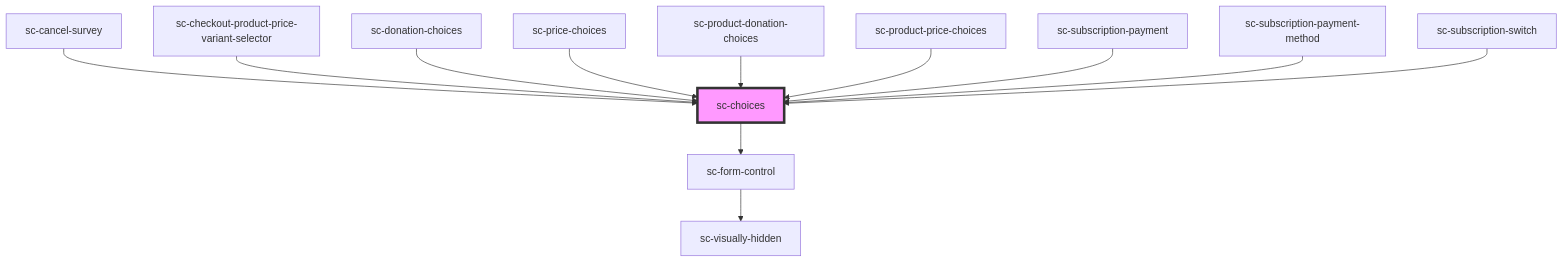
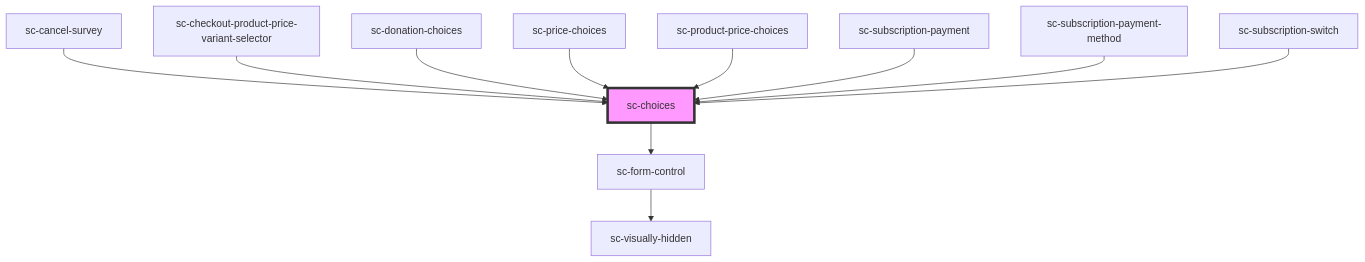
The diagram in packages/components/src/components/ui/choices/readme.md (surecart/surecart-wp-plugin), drawn with Mermaid before and after one commit. The commit also changed other lines of this file and 13 other files, not shown here.

````diff
--- a/packages/components/src/components/ui/choices/readme.md
+++ b/packages/components/src/components/ui/choices/readme.md
@@ -66,15 +65,14 @@
 ```mermaid
 graph TD;
   sc-choices --> sc-form-control
   sc-form-control --> sc-visually-hidden
   sc-cancel-survey --> sc-choices
   sc-checkout-product-price-variant-selector --> sc-choices
   sc-donation-choices --> sc-choices
   sc-price-choices --> sc-choices
-  sc-product-donation-choices --> sc-choices
   sc-product-price-choices --> sc-choices
   sc-subscription-payment --> sc-choices
   sc-subscription-payment-method --> sc-choices
   sc-subscription-switch --> sc-choices
   style sc-choices fill:#f9f,stroke:#333,stroke-width:4px
 ```
````
